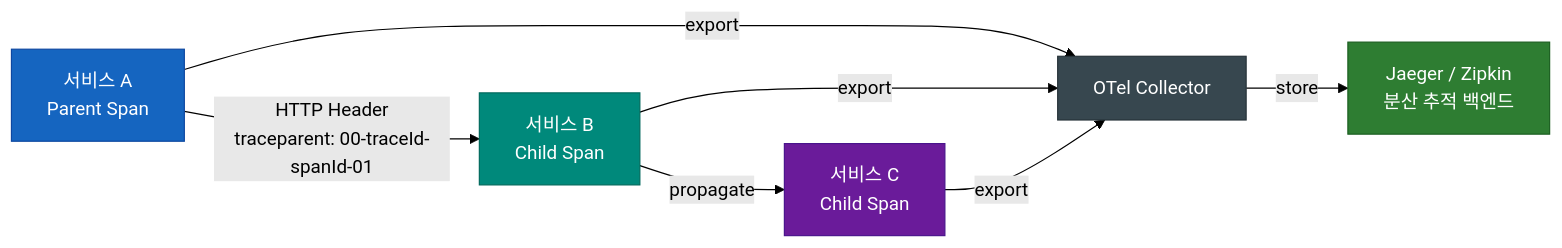
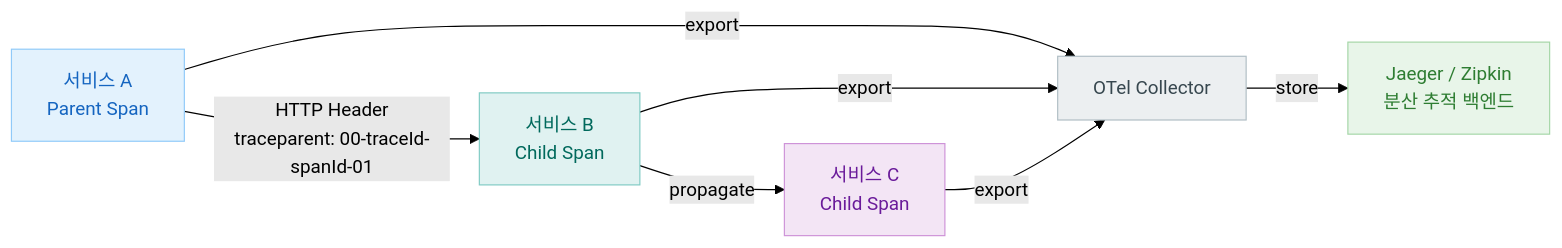
One commit to bluetape4k/bluetape4k-projects changed the fourth of 4 diagrams in infra/opentelemetry/README.ko.md. Above: the diagram before and after it, drawn with Mermaid (forest theme). The commit also changed other lines of this file and 219 other files, not shown here.

First line of the commit message:
docs: 전체 README Mermaid 다이어그램 가이드 적용

````diff
--- a/infra/opentelemetry/README.ko.md
+++ b/infra/opentelemetry/README.ko.md
@@ -404,21 +398,21 @@
 ```mermaid
 flowchart LR
     ServiceA[서비스 A<br/>Parent Span] -->|HTTP Header<br/>traceparent: 00-traceId-spanId-01| ServiceB[서비스 B<br/>Child Span]
     ServiceB -->|propagate| ServiceC[서비스 C<br/>Child Span]
 
     ServiceA -->|export| Collector[OTel Collector]
     ServiceB -->|export| Collector
     ServiceC -->|export| Collector
 
     Collector -->|store| Backend[Jaeger / Zipkin<br/>분산 추적 백엔드]
 
-    classDef serviceStyle fill:#1565C0,stroke:#0D47A1,color:#FFFFFF
-    classDef collectorStyle fill:#37474F,stroke:#263238,color:#FFFFFF
-    classDef backendStyle fill:#2E7D32,stroke:#1B5E20,color:#FFFFFF
+    classDef serviceStyle fill:#E3F2FD,stroke:#90CAF9,color:#1565C0
+    classDef collectorStyle fill:#ECEFF1,stroke:#B0BEC5,color:#37474F
+    classDef backendStyle fill:#E8F5E9,stroke:#A5D6A7,color:#2E7D32
 
-    style ServiceA fill:#1565C0,stroke:#0D47A1,color:#FFFFFF
-    style ServiceB fill:#00897B,stroke:#00695C,color:#FFFFFF
-    style ServiceC fill:#6A1B9A,stroke:#4A148C,color:#FFFFFF
-    style Collector fill:#37474F,stroke:#263238,color:#FFFFFF
-    style Backend fill:#2E7D32,stroke:#1B5E20,color:#FFFFFF
+    style ServiceA fill:#E3F2FD,stroke:#90CAF9,color:#1565C0
+    style ServiceB fill:#E0F2F1,stroke:#80CBC4,color:#00695C
+    style ServiceC fill:#F3E5F5,stroke:#CE93D8,color:#6A1B9A
+    style Collector fill:#ECEFF1,stroke:#B0BEC5,color:#37474F
+    style Backend fill:#E8F5E9,stroke:#A5D6A7,color:#2E7D32
 ```
````
